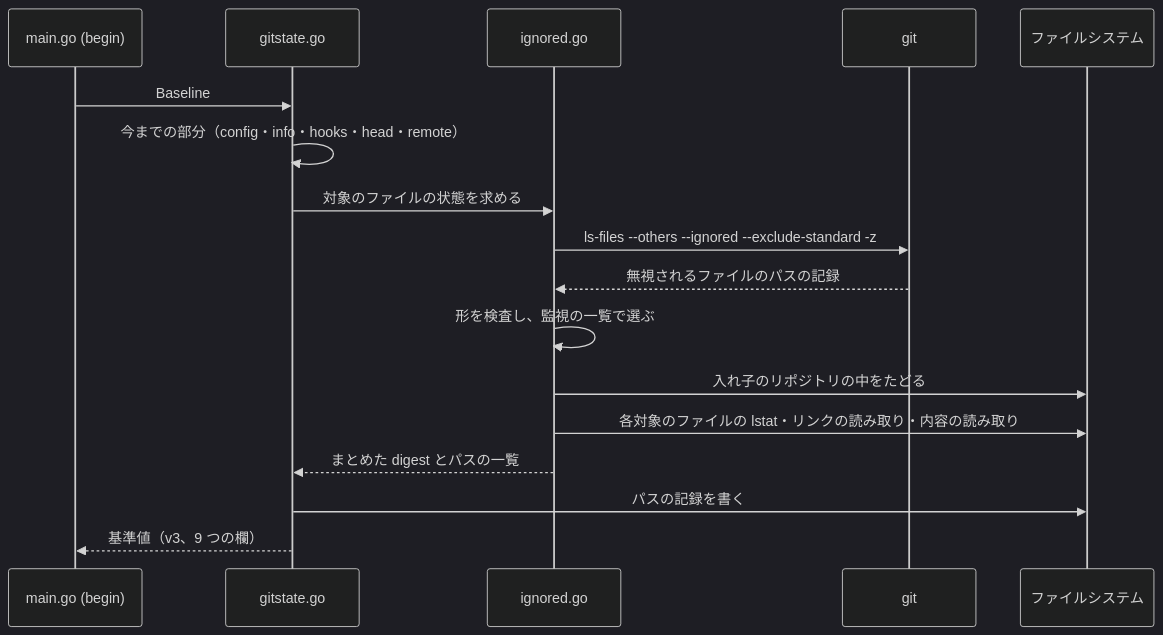
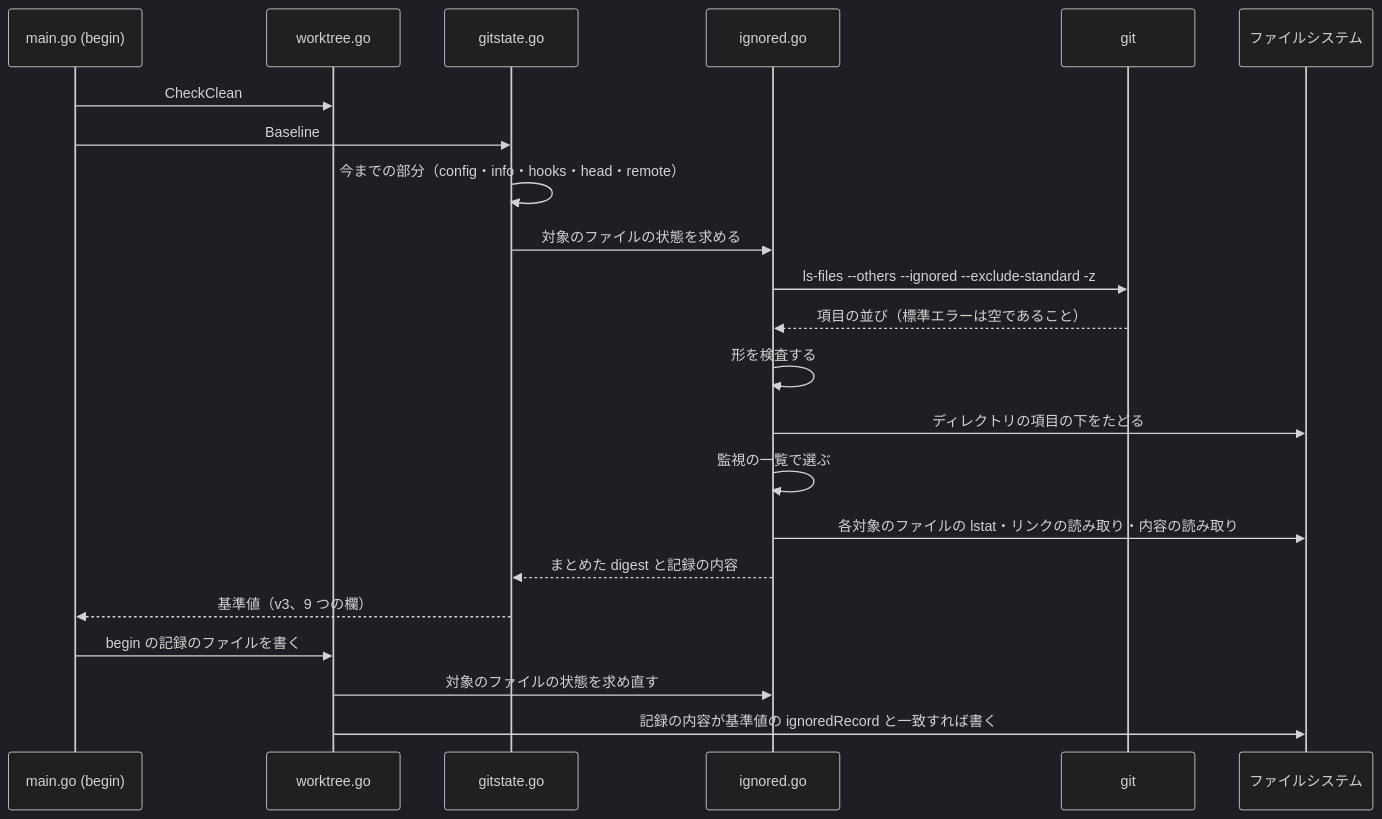
Before and after one commit to isseis/yt2column: the fifth of 11 diagrams in docs/tasks/0034_fixprguard_ignored_files/02_architecture.md, drawn with Mermaid (dark theme). The commit also changed other lines of this file and 1 other file, not shown here.

First line of the commit message:
docs(0034): address architecture review findings and polish prose

````diff
--- a/docs/tasks/0034_fixprguard_ignored_files/02_architecture.md
+++ b/docs/tasks/0034_fixprguard_ignored_files/02_architecture.md
@@ -200,20 +231,25 @@
 ```mermaid
 sequenceDiagram
     participant M as main.go (begin)
+    participant W as worktree.go
     participant S as gitstate.go
     participant I as ignored.go
     participant G as git
     participant F as ファイルシステム
 
+    M->>W: CheckClean
     M->>S: Baseline
     S->>S: 今までの部分（config・info・hooks・head・remote）
     S->>I: 対象のファイルの状態を求める
     I->>G: ls-files --others --ignored --exclude-standard -z
-    G-->>I: 無視されるファイルのパスの記録
-    I->>I: 形を検査し、監視の一覧で選ぶ
-    I->>F: 入れ子のリポジトリの中をたどる
+    G-->>I: 項目の並び（標準エラーは空であること）
+    I->>I: 形を検査する
+    I->>F: ディレクトリの項目の下をたどる
+    I->>I: 監視の一覧で選ぶ
     I->>F: 各対象のファイルの lstat・リンクの読み取り・内容の読み取り
-    I-->>S: まとめた digest とパスの一覧
-    S->>F: パスの記録を書く
+    I-->>S: まとめた digest と記録の内容
     S-->>M: 基準値（v3、9 つの欄）
+    M->>W: begin の記録のファイルを書く
+    W->>I: 対象のファイルの状態を求め直す
+    W->>F: 記録の内容が基準値の ignoredRecord と一致すれば書く
 ```
````
